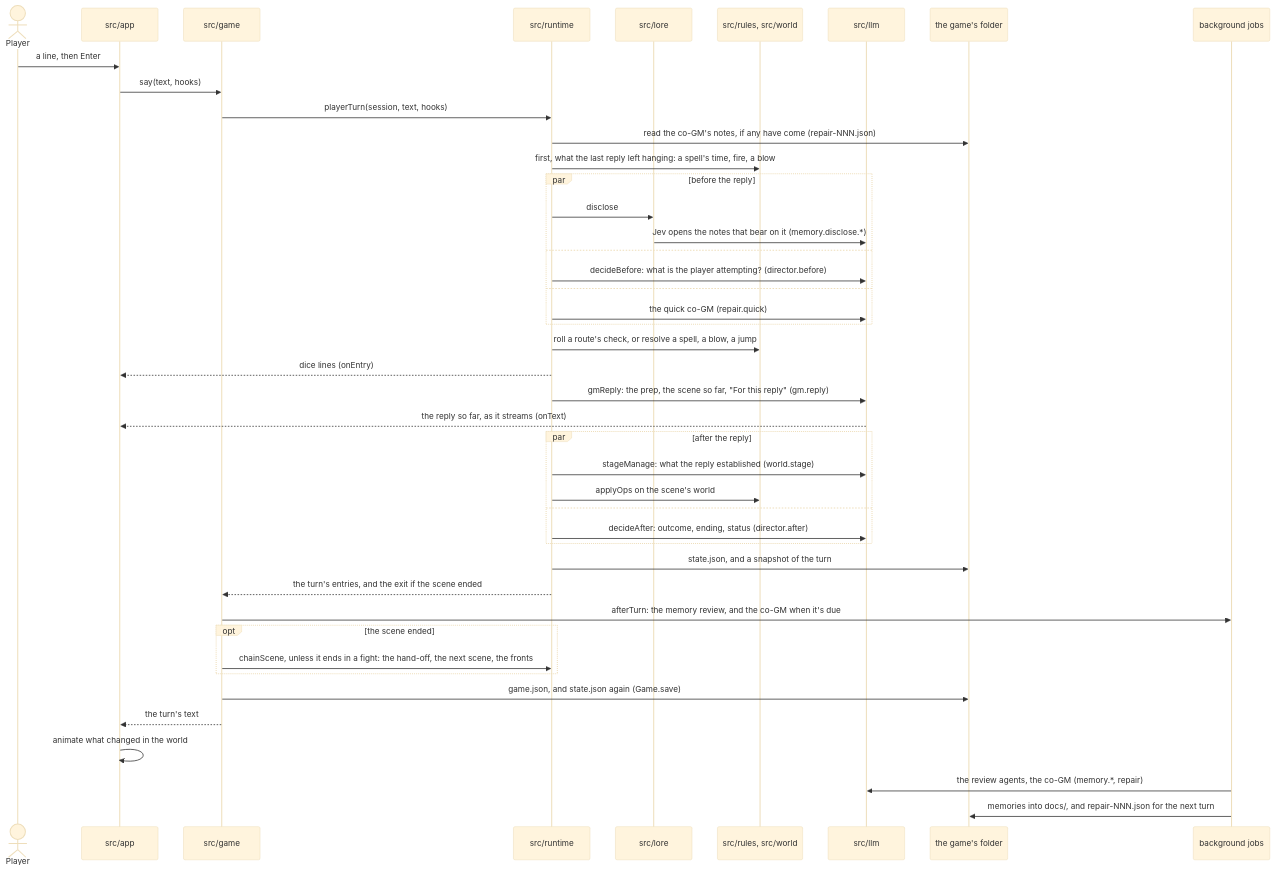
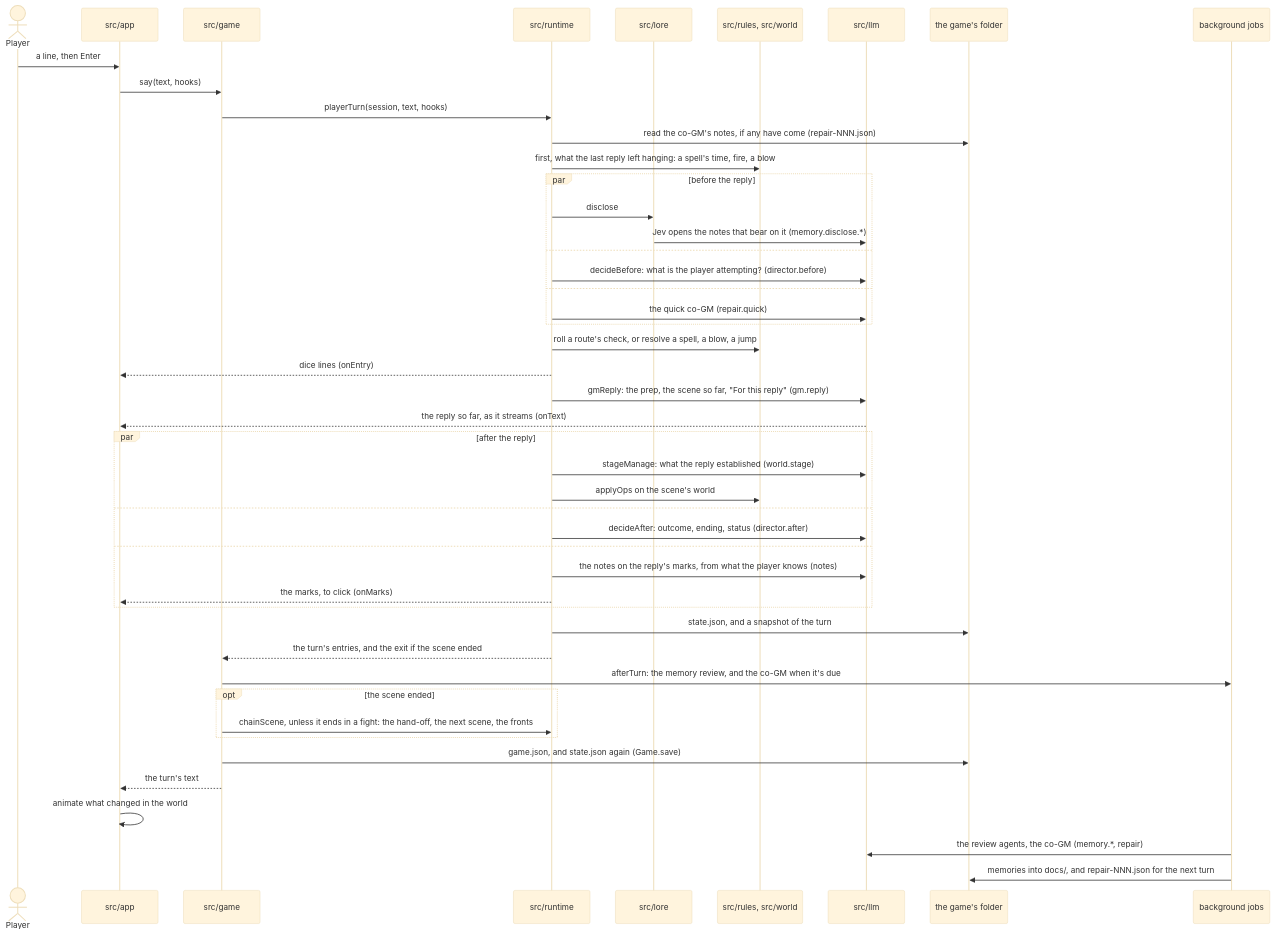
One commit to Tatskaari/kingmaker changed the second of 2 diagrams in ARCHITECTURE.md. Above: the diagram before and after it, drawn with Mermaid (base theme). The commit also changed other lines of this file and 12 other files, not shown here.

````diff
--- a/ARCHITECTURE.md
+++ b/ARCHITECTURE.md
@@ -150,47 +150,50 @@
 ```mermaid
 sequenceDiagram
   actor P as Player
   participant App as src/app
   participant Core as src/game
   participant RT as src/runtime
   participant Lore as src/lore
   participant RW as src/rules, src/world
   participant LLM as src/llm
   participant Disk as the game's folder
   participant Jobs as background jobs
 
   P->>App: a line, then Enter
   App->>Core: say(text, hooks)
   Core->>RT: playerTurn(session, text, hooks)
   RT->>Disk: read the co-GM's notes, if any have come (repair-NNN.json)
   RT->>RW: first, what the last reply left hanging: a spell's time, fire, a blow
   par before the reply
     RT->>Lore: disclose
     Lore->>LLM: Jev opens the notes that bear on it (memory.disclose.*)
   and
     RT->>LLM: decideBefore: what is the player attempting? (director.before)
   and
     RT->>LLM: the quick co-GM (repair.quick)
   end
   RT->>RW: roll a route's check, or resolve a spell, a blow, a jump
   RT-->>App: dice lines (onEntry)
   RT->>LLM: gmReply: the prep, the scene so far, "For this reply" (gm.reply)
   LLM-->>App: the reply so far, as it streams (onText)
   par after the reply
     RT->>LLM: stageManage: what the reply established (world.stage)
     RT->>RW: applyOps on the scene's world
   and
     RT->>LLM: decideAfter: outcome, ending, status (director.after)
+  and
+    RT->>LLM: the notes on the reply's marks, from what the player knows (notes)
+    RT-->>App: the marks, to click (onMarks)
   end
   RT->>Disk: state.json, and a snapshot of the turn
   RT-->>Core: the turn's entries, and the exit if the scene ended
   Core->>Jobs: afterTurn: the memory review, and the co-GM when it's due
   opt the scene ended
     Core->>RT: chainScene, unless it ends in a fight: the hand-off, the next scene, the fronts
   end
   Core->>Disk: game.json, and state.json again (Game.save)
   Core-->>App: the turn's text
   App->>App: animate what changed in the world
   Jobs->>LLM: the review agents, the co-GM (memory.*, repair)
   Jobs->>Disk: memories into docs/, and repair-NNN.json for the next turn
 ```
````
